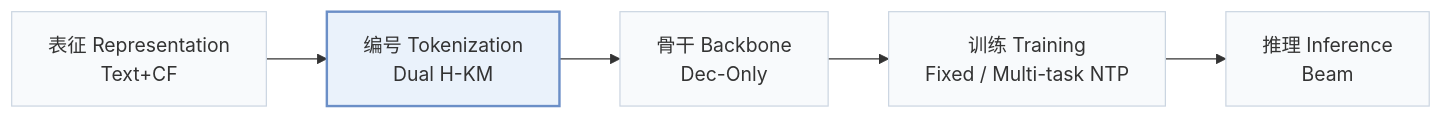
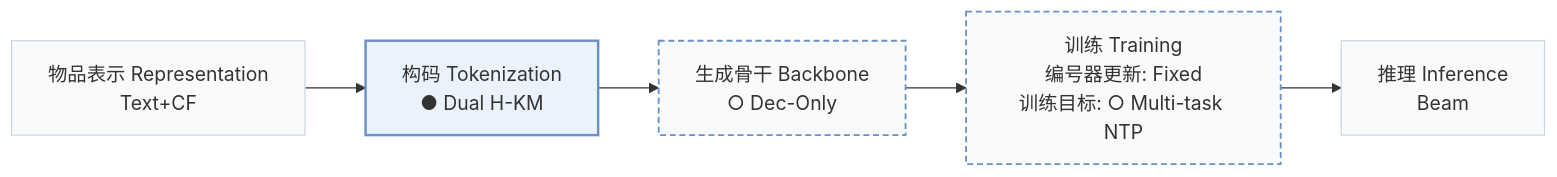
One commit to Galaxy-ghost/Awesome-SID-Generative-Rec changed the first of 2 diagrams in pages/zh/papers/eager-llm.md. Above: the diagram before and after it, drawn with Mermaid. The commit also changed other lines of this file and 558 other files, not shown here.

````diff
--- a/pages/zh/papers/eager-llm.md
+++ b/pages/zh/papers/eager-llm.md
@@ -15,8 +18,10 @@
 ```mermaid
 flowchart LR
-    R["表征 Representation<br/>Text+CF"] --> T["编号 Tokenization<br/>Dual H-KM"] --> B["骨干 Backbone<br/>Dec-Only"] --> TR["训练 Training<br/>Fixed / Multi-task NTP"] --> I["推理 Inference<br/>Beam"]
+    R["物品表示 Representation<br/>Text+CF"] --> T["构码 Tokenization<br/>● Dual H-KM"] --> B["生成骨干 Backbone<br/>○ Dec-Only"] --> TR["训练 Training<br/>编号器更新: Fixed<br/>训练目标: ○ Multi-task NTP"] --> I["推理 Inference<br/>Beam"]
     classDef base fill:#f8fafc,stroke:#cbd5e1
     class R,T,B,TR,I base
+    classDef other fill:#f8fafc,stroke:#6b8fc7,stroke-width:1.5px,stroke-dasharray:5 3
+    class B,TR other
     classDef main fill:#eaf2fb,stroke:#6b8fc7,stroke-width:2px
     class T main
 ```
````
